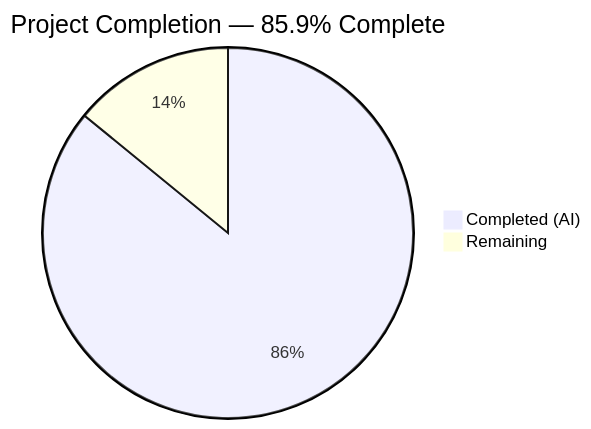
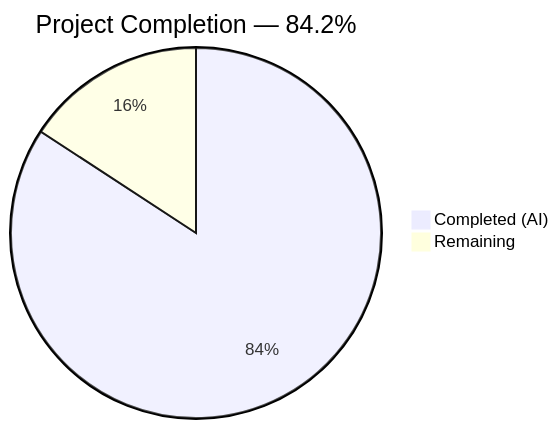
One commit to Blitzy-Sandbox/blitzy-WebVella-ERP changed the first of 2 diagrams in blitzy/documentation/Project Guide.md. Above: the diagram before and after it, drawn with Mermaid. The commit also changed other lines of this file, not shown here.

Commit message:
Adding Blitzy Project Guide: Project Status and Human Tasks Remaining

````diff
--- a/blitzy/documentation/Project Guide.md
+++ b/blitzy/documentation/Project Guide.md
@@ -13,5 +13,5 @@
 ```mermaid
-pie title Project Completion — 85.9% Complete
-    "Completed (AI)" : 616
-    "Remaining" : 101
+pie title Project Completion — 84.2%
+    "Completed (AI)" : 544
+    "Remaining" : 102
 ```
````
